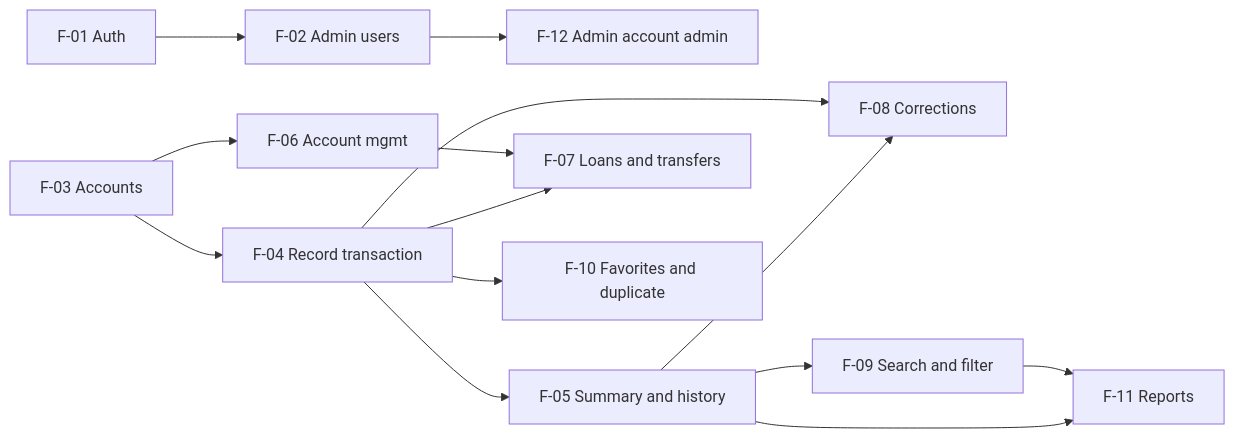
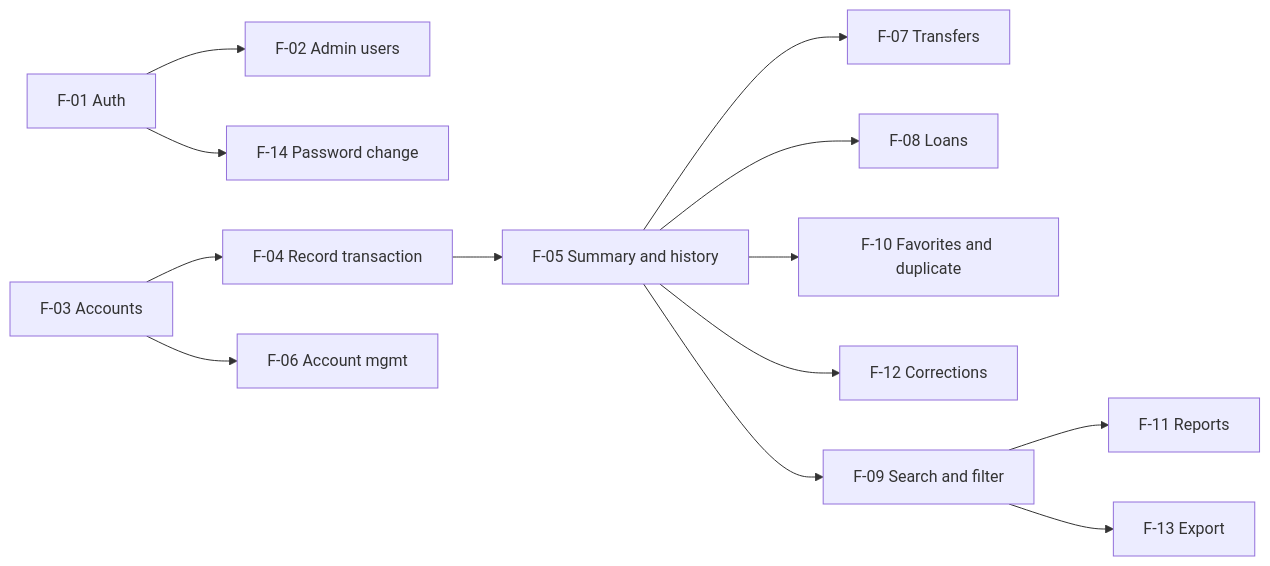
One commit to Gluesaber/YourMoneyOurMoney changed the diagram in docs/sprints/plan.md. Above: the diagram before and after it, drawn with Mermaid. The commit also changed other lines of this file and 10 other files, not shown here.

````diff
--- a/docs/sprints/plan.md
+++ b/docs/sprints/plan.md
@@ -60,12 +64,13 @@
 ```mermaid
 flowchart LR
-  F01["F-01 Auth"] --> F02["F-02 Admin users"] --> F12["F-12 Admin account admin"]
+  F01["F-01 Auth"] --> F02["F-02 Admin users"]
+  F01 --> F14["F-14 Password change"]
   F03["F-03 Accounts"] --> F04["F-04 Record transaction"] --> F05["F-05 Summary and history"]
-  F03 --> F06["F-06 Account mgmt"] --> F07["F-07 Loans and transfers"]
-  F04 --> F07
-  F04 --> F08["F-08 Corrections"]
-  F05 --> F08
-  F04 --> F10["F-10 Favorites and duplicate"]
+  F03 --> F06["F-06 Account mgmt"]
+  F05 --> F07["F-07 Transfers"]
+  F05 --> F08["F-08 Loans"]
+  F05 --> F10["F-10 Favorites and duplicate"]
+  F05 --> F12["F-12 Corrections"]
   F05 --> F09["F-09 Search and filter"] --> F11["F-11 Reports"]
-  F05 --> F11
+  F09 --> F13["F-13 Export"]
 ```
````
